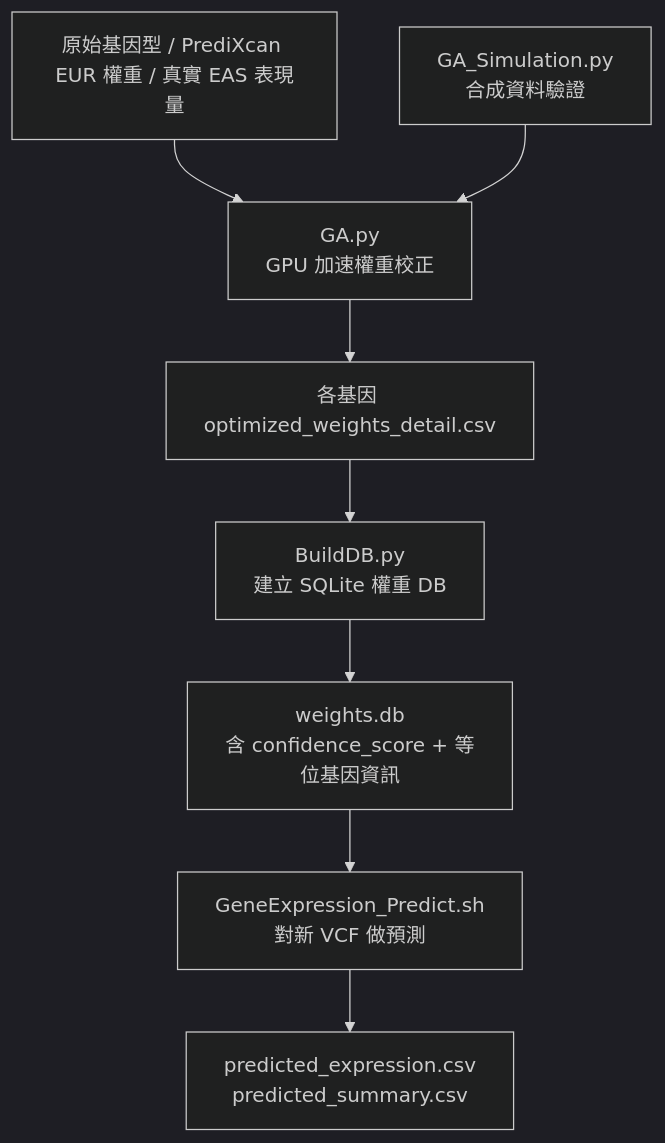
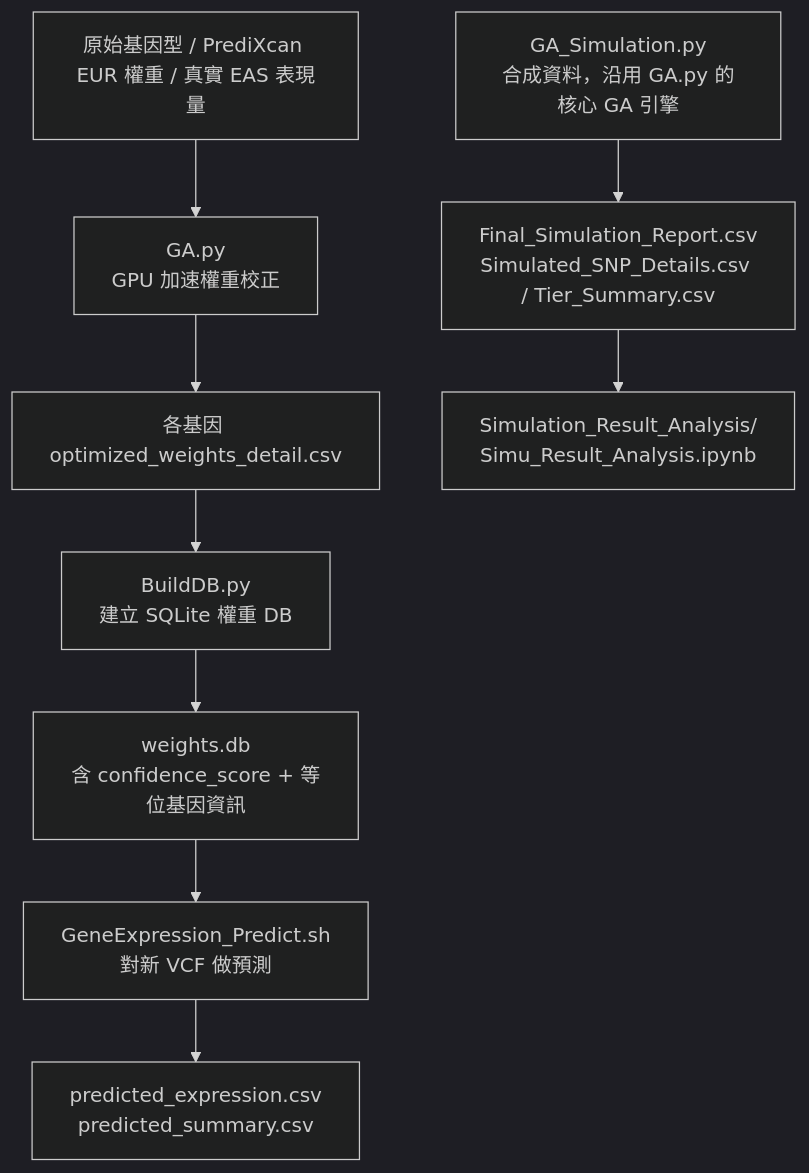
Before and after one commit to AnywayCheng/PredictAP-GA-EAS: the second of 2 diagrams in README.md, drawn with Mermaid (dark theme). The commit also changed other lines of this file and 2 other files, not shown here.

First line of the commit message:
Add Simulation_Result_Analysis folder and fix pipeline diagram

````diff
--- a/README.md
+++ b/README.md
@@ -481,11 +493,12 @@
 ```mermaid
 flowchart TD
     A[原始基因型 / PrediXcan EUR 權重 / 真實 EAS 表現量] --> B[GA.py\nGPU 加速權重校正]
     B --> C[各基因 optimized_weights_detail.csv]
     C --> D[BuildDB.py\n建立 SQLite 權重 DB]
     D --> E[weights.db\n含 confidence_score + 等位基因資訊]
     E --> F[GeneExpression_Predict.sh\n對新 VCF 做預測]
     F --> G[predicted_expression.csv\npredicted_summary.csv]
 
-    B2[GA_Simulation.py\n合成資料驗證] --> B
+    H[GA_Simulation.py\n合成資料，沿用 GA.py 的核心 GA 引擎] --> I[Final_Simulation_Report.csv\nSimulated_SNP_Details.csv / Tier_Summary.csv]
+    I --> J[Simulation_Result_Analysis/\nSimu_Result_Analysis.ipynb]
 ```
````
